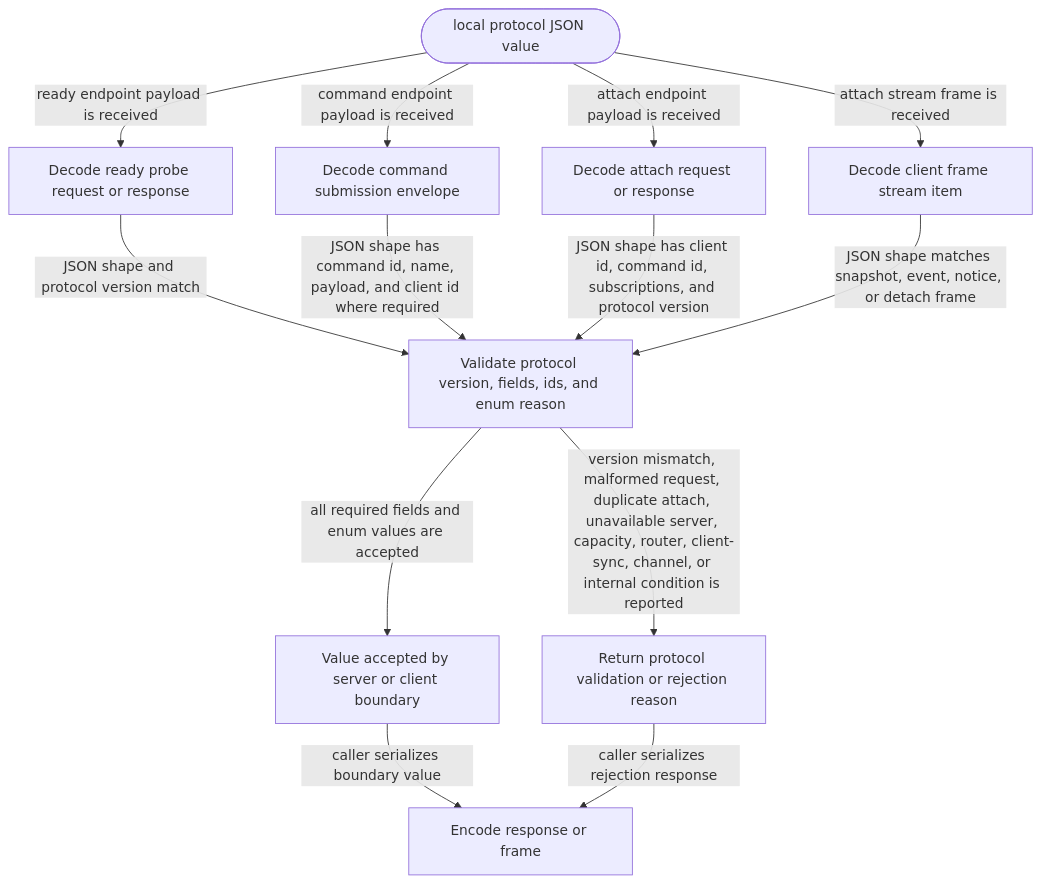
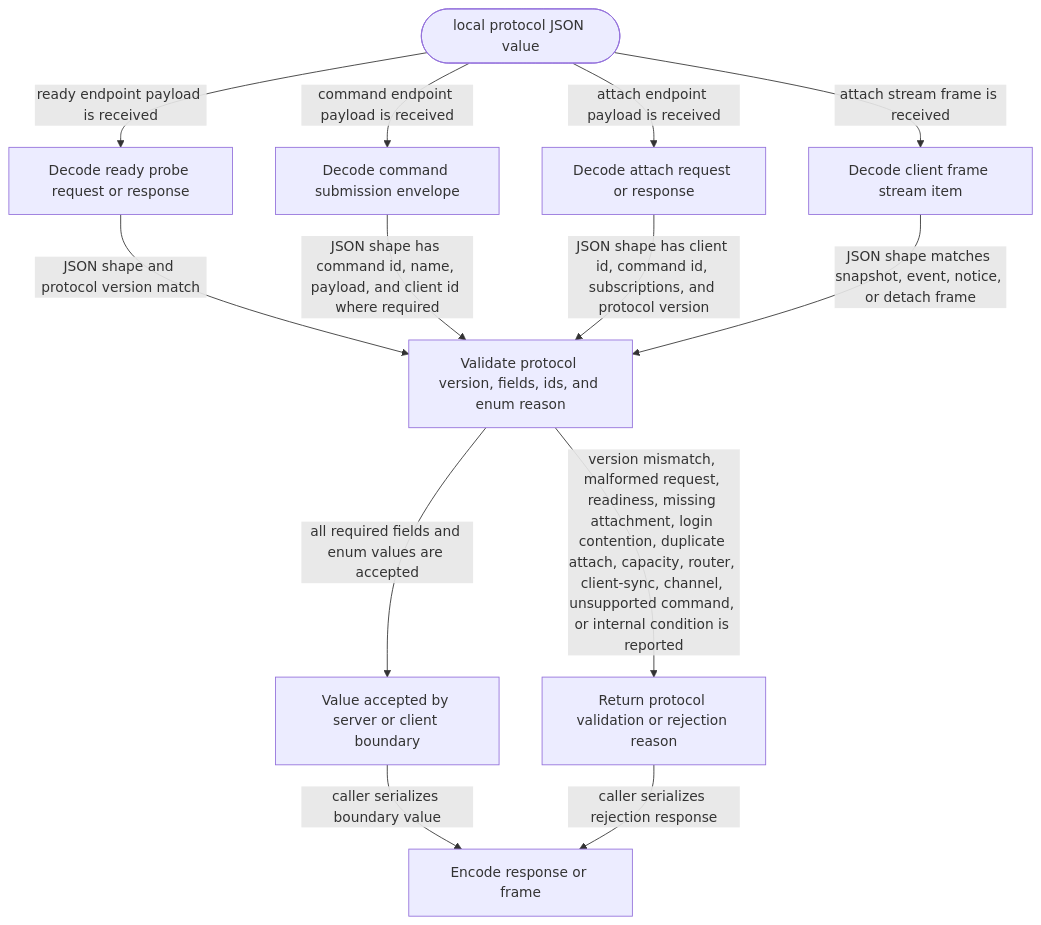
One commit to JiaJunDeng5930/Selvedge changed the diagram in crates/local-protocol/README.md. Above: the diagram before and after it, drawn with Mermaid. The commit also changed other lines of this file and 18 other files, not shown here.

````diff
--- a/crates/local-protocol/README.md
+++ b/crates/local-protocol/README.md
@@ -20,25 +20,25 @@
 ```mermaid
 flowchart TD
   Start([local protocol JSON value])
   ReadyProbe[Decode ready probe request or response]
   Command[Decode command submission envelope]
   Attach[Decode attach request or response]
   Frame[Decode client frame stream item]
   Validate[Validate protocol version, fields, ids, and enum reason]
   Accepted[Value accepted by server or client boundary]
   Rejected[Return protocol validation or rejection reason]
   Encode[Encode response or frame]
 
   Start -->|ready endpoint payload is received| ReadyProbe
   Start -->|command endpoint payload is received| Command
   Start -->|attach endpoint payload is received| Attach
   Start -->|attach stream frame is received| Frame
   ReadyProbe -->|JSON shape and protocol version match| Validate
   Command -->|JSON shape has command id, name, payload, and client id where required| Validate
   Attach -->|JSON shape has client id, command id, subscriptions, and protocol version| Validate
   Frame -->|JSON shape matches snapshot, event, notice, or detach frame| Validate
   Validate -->|all required fields and enum values are accepted| Accepted
-  Validate -->|version mismatch, malformed request, duplicate attach, unavailable server, capacity, router, client-sync, channel, or internal condition is reported| Rejected
+  Validate -->|version mismatch, malformed request, readiness, missing attachment, login contention, duplicate attach, capacity, router, client-sync, channel, unsupported command, or internal condition is reported| Rejected
   Accepted -->|caller serializes boundary value| Encode
   Rejected -->|caller serializes rejection response| Encode
 ```
````
